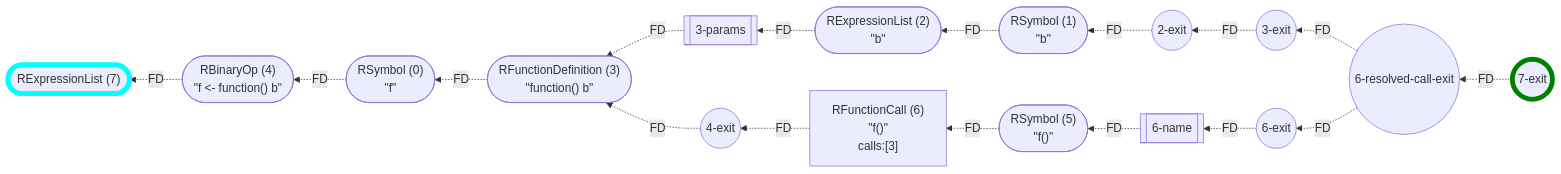
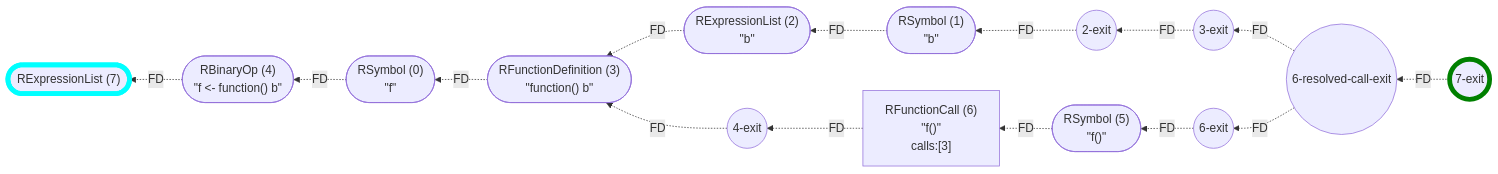
Diagram 14 of 23 in wiki/Control Flow Graph.md (flowr-analysis/flowr), drawn with Mermaid before and after one commit. The commit also changed other lines of this file and 2 other files, not shown here.

````diff
--- a/wiki/Control Flow Graph.md
+++ b/wiki/Control Flow Graph.md
@@ -1345,44 +1321,40 @@
 ```mermaid
 flowchart RL
     n7(["`RExpressionList (7)`"])
     n0(["`RSymbol (0)
 #34;f#34;`"])
-    n3-params[[3-params]]
     n3-exit((3-exit))
     n3(["`RFunctionDefinition (3)
 #34;function() b#34;`"])
     n2(["`RExpressionList (2)
 #34;b#34;`"])
     n1(["`RSymbol (1)
 #34;b#34;`"])
     n2-exit((2-exit))
     n4(["`RBinaryOp (4)
 #34;f #60;#45; function() b#34;`"])
     n4-exit((4-exit))
     n5(["`RSymbol (5)
 #34;f()#34;`"])
     n6["`RFunctionCall (6)
 #34;f()#34;
  calls:#91;3#93;`"]
-    n6-name[[6-name]]
     n6-exit((6-exit))
     n6-resolved-call-exit((6-resolved-call-exit))
     n7-exit((7-exit))
     n4 -.->|"FD"| n7
     n1 -.->|"FD"| n2
     n2-exit -.->|"FD"| n1
-    n3-params -.->|"FD"| n3
-    n2 -.->|"FD"| n3-params
+    n2 -.->|"FD"| n3
     n3-exit -.->|"FD"| n2-exit
     n3 -.->|"FD"| n0
     n0 -.->|"FD"| n4
     n4-exit -.->|"FD"| n3
     n6 -.->|"FD"| n4-exit
     n5 -.->|"FD"| n6
-    n6-name -.->|"FD"| n5
-    n6-exit -.->|"FD"| n6-name
+    n6-exit -.->|"FD"| n5
     n6-resolved-call-exit -.->|"FD"| n6-exit
     n6-resolved-call-exit -.->|"FD"| n3-exit
     n7-exit -.->|"FD"| n6-resolved-call-exit
     style n7 stroke:cyan,stroke-width:6.5px;    style n7-exit stroke:green,stroke-width:6.5px;
 ```
````
